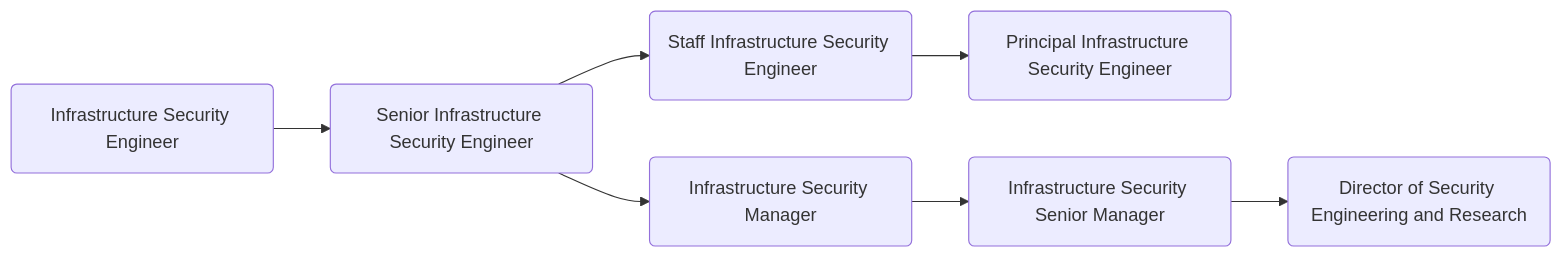
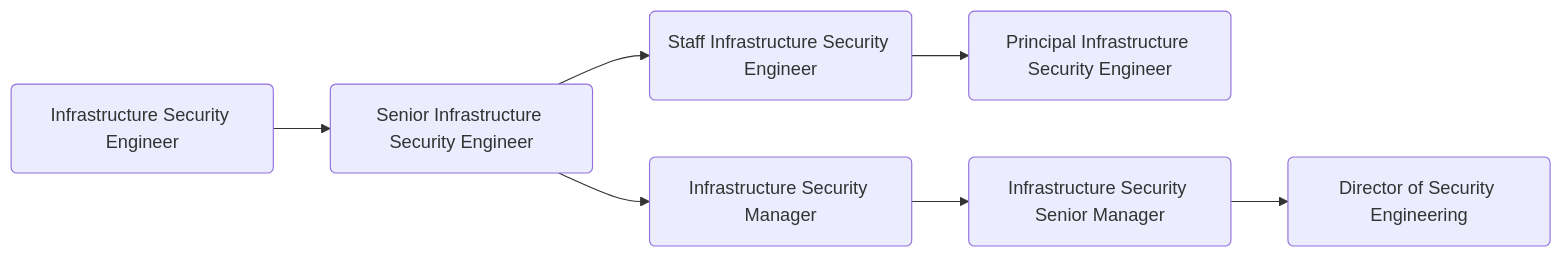
The diagram in job-families/security/security-logging/index.html.md (secretstartups/handbook), drawn with Mermaid before and after one commit. The commit also changed 7 other files, not shown here.

Commit message:
Rename Security Research and Engineering

````diff
--- a/job-families/security/security-logging/index.html.md
+++ b/job-families/security/security-logging/index.html.md
@@ -116,9 +116,9 @@
 ```mermaid
   graph LR;
   sec:se(Infrastructure Security Engineer)-->sec:sse(Senior Infrastructure Security Engineer);
   sec:sse(Senior Infrastructure Security Engineer)-->sec:stse(Staff Infrastructure Security Engineer);
   sec:stse(Staff Infrastructure Security Engineer)-->sec:dse(Principal Infrastructure Security Engineer);
   sec:sse(Senior Infrastructure Security Engineer)-->sec:sem(Infrastructure Security Manager);
   sec:sem(Infrastructure Security Manager)-->sec:sesm(Infrastructure Security Senior Manager);
-  sec:sesm(Infrastructure Security Senior Manager)-->sec:ds(Director of Security Engineering and Research);
+  sec:sesm(Infrastructure Security Senior Manager)-->sec:ds(Director of Security Engineering);
 ```
````
